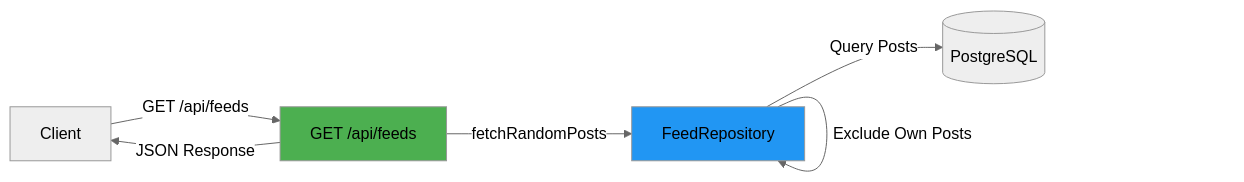
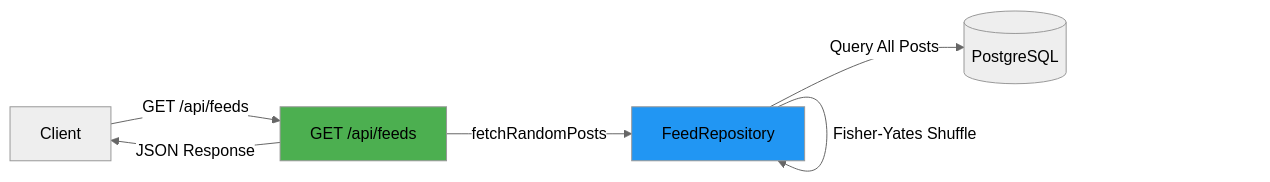
One commit to unknowntpo/threads-nextjs changed the first of 3 diagrams in docs/RECOMMENDATION_SYSTEM.md. Above: the diagram before and after it, drawn with Mermaid (neutral theme). The commit also changed other lines of this file and 3 other files, not shown here.

First line of the commit message:
fix: include user's own posts in feed

````diff
--- a/docs/RECOMMENDATION_SYSTEM.md
+++ b/docs/RECOMMENDATION_SYSTEM.md
@@ -47,12 +47,11 @@
 ```mermaid
 graph LR
     Client[Client] -->|GET /api/feeds| API["GET /api/feeds"]
     API -->|fetchRandomPosts| Repo[FeedRepository]
-    Repo -->|Query Posts| DB[(PostgreSQL)]
+    Repo -->|Query All Posts| DB[(PostgreSQL)]
     Repo -->|Fisher-Yates Shuffle| Repo
-    Repo -->|Exclude Own Posts| Repo
     API -->|JSON Response| Client
 
     style API fill:#4CAF50
     style Repo fill:#2196F3
 ```
````
